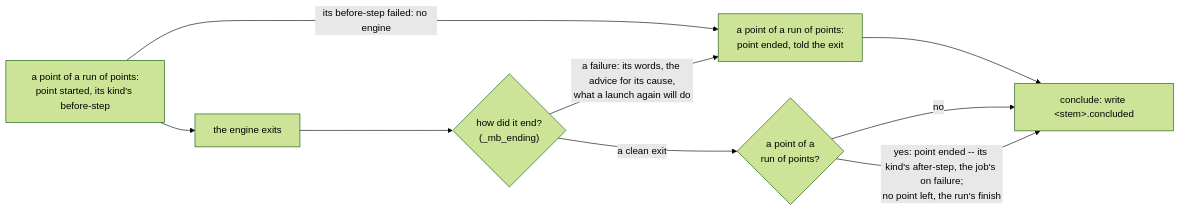
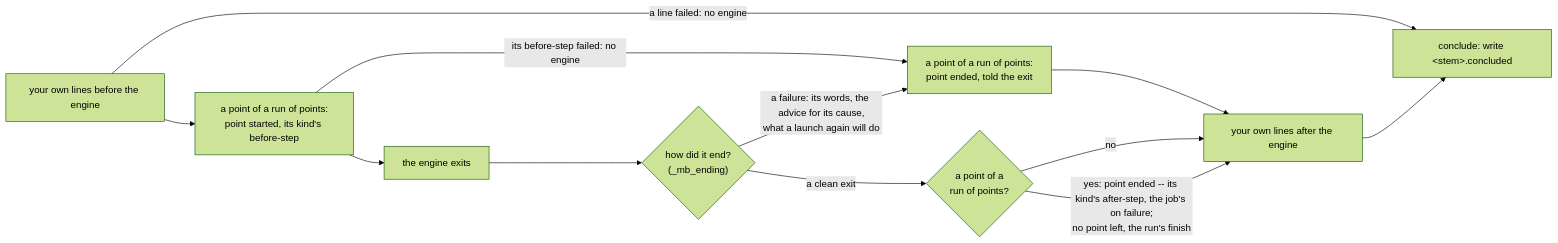
Before and after one commit to Qing-LAB/molbuilder: the second of 5 diagrams in docs/execution/running-a-job.md, drawn with Mermaid (forest theme). The commit also changed other lines of this file and 54 other files, not shown here.

````diff
--- a/docs/execution/running-a-job.md
+++ b/docs/execution/running-a-job.md
@@ -577,11 +586,14 @@
 ```mermaid
 flowchart LR
-    P["a point of a run of points:<br/>point started, its kind's before-step"] --> X["the engine exits"]
+    B["your own lines before the engine"] --> P["a point of a run of points:<br/>point started, its kind's before-step"]
+    B -->|"a line failed: no engine"| C
+    P --> X["the engine exits"]
     P -->|"its before-step failed: no engine"| S
     X --> Q{"how did it end?<br/>(_mb_ending)"}
     Q -->|"a failure: its words, the advice for its cause,<br/>what a launch again will do"| S["a point of a run of points:<br/>point ended, told the exit"]
-    S --> C["conclude: write &lt;stem&gt;.concluded"]
+    S --> A["your own lines after the engine"]
     Q -->|"a clean exit"| F{"a point of a<br/>run of points?"}
-    F -->|"no"| C
-    F -->|"yes: point ended -- its kind's after-step, the job's on failure;<br/>no point left, the run's finish"| C
+    F -->|"no"| A
+    F -->|"yes: point ended -- its kind's after-step, the job's on failure;<br/>no point left, the run's finish"| A
+    A --> C["conclude: write &lt;stem&gt;.concluded"]
 ```
````
